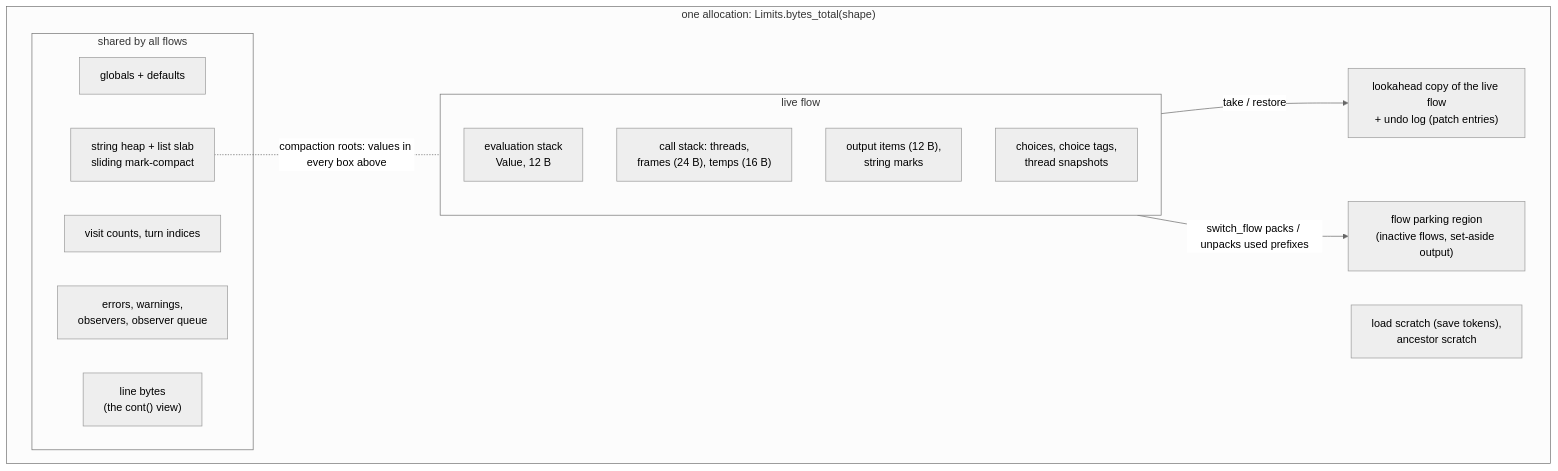
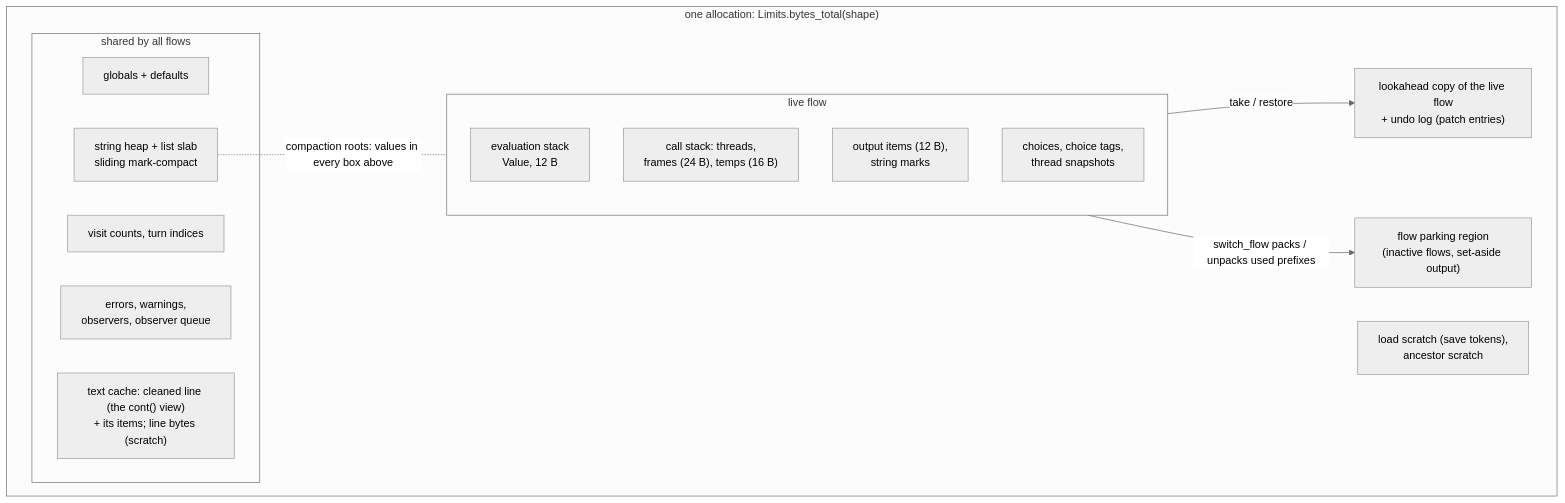
One commit to KreaturaArt/inkz changed the eighth of 8 diagrams in docs/Architecture.md. Above: the diagram before and after it, drawn with Mermaid (neutral theme). The commit also changed other lines of this file and 3 other files, not shown here.

Commit message:
(docs) option 3 recorded: the benchmark round across past states, the limits sweep, the text cache, fitted limits in bench and in the running guide (P10.3)

````diff
--- a/docs/Architecture.md
+++ b/docs/Architecture.md
@@ -244,24 +252,24 @@
 ```mermaid
 flowchart TB
     subgraph block["one allocation: Limits.bytes_total(shape)"]
         subgraph live["live flow"]
             evaluation["evaluation stack<br/>Value, 12 B"]
             calls["call stack: threads,<br/>frames (24 B), temps (16 B)"]
             output["output items (12 B),<br/>string marks"]
             choices["choices, choice tags,<br/>thread snapshots"]
         end
         subgraph shared["shared by all flows"]
             globals["globals + defaults"]
             counts["visit counts, turn indices"]
             heap["string heap + list slab<br/>sliding mark-compact"]
             diagnostics["errors, warnings,<br/>observers, observer queue"]
-            line["line bytes<br/>(the cont() view)"]
+            line["text cache: cleaned line (the cont() view)<br/>+ its items; line bytes (scratch)"]
         end
         lookahead["lookahead copy of the live flow<br/>+ undo log (patch entries)"]
         parking["flow parking region<br/>(inactive flows, set-aside output)"]
         scratch["load scratch (save tokens),<br/>ancestor scratch"]
     end
     live -- "take / restore" --> lookahead
     live -- "switch_flow packs / unpacks used prefixes" --> parking
     heap -. "compaction roots: values in every box above" .- live
 ```
````
